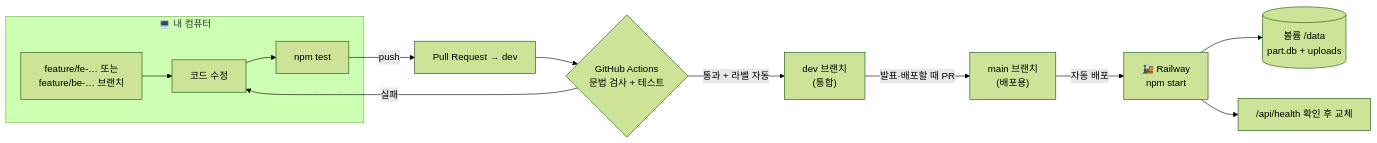
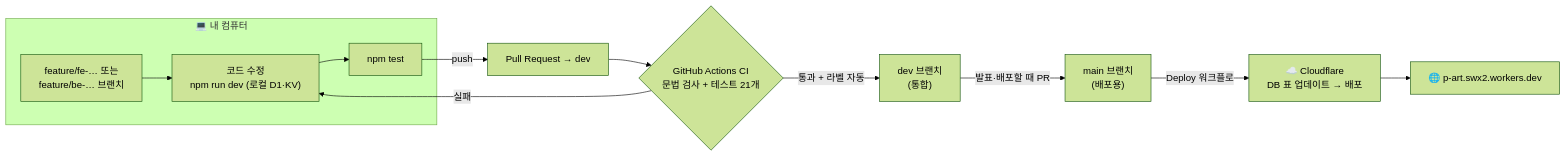
The eighth of 8 diagrams in docs/WORKFLOW.md (10x4hs/p-art), drawn with Mermaid (forest theme) before and after one commit. The commit also changed other lines of this file and 5 other files, not shown here.

Commit message:
docs: update all docs for Cloudflare (Workers, D1, KV)

````diff
--- a/docs/WORKFLOW.md
+++ b/docs/WORKFLOW.md
@@ -226,14 +237,13 @@
 ```mermaid
 flowchart LR
   subgraph LOCAL["💻 내 컴퓨터"]
-    BR["feature/fe-… 또는<br/>feature/be-… 브랜치"] --> CODE["코드 수정"] --> T["npm test"]
+    BR["feature/fe-… 또는<br/>feature/be-… 브랜치"] --> CODE["코드 수정<br/>npm run dev (로컬 D1·KV)"] --> T["npm test"]
   end
   T -- push --> PR["Pull Request → dev"]
-  PR --> CI{"GitHub Actions<br/>문법 검사 + 테스트"}
+  PR --> CI{"GitHub Actions CI<br/>문법 검사 + 테스트 21개"}
   CI -- 실패 --> CODE
   CI -- 통과 + 라벨 자동 --> DEV["dev 브랜치<br/>(통합)"]
   DEV -- "발표·배포할 때 PR" --> MAIN["main 브랜치<br/>(배포용)"]
-  MAIN -- 자동 배포 --> RW["🚂 Railway<br/>npm start"]
-  RW --> VOL[("볼륨 /data<br/>part.db + uploads")]
-  RW --> HC["/api/health 확인 후 교체"]
+  MAIN -- "Deploy 워크플로" --> CFD["☁️ Cloudflare<br/>DB 표 업데이트 → 배포"]
+  CFD --> LIVE["🌐 p-art.swx2.workers.dev"]
 ```
````
